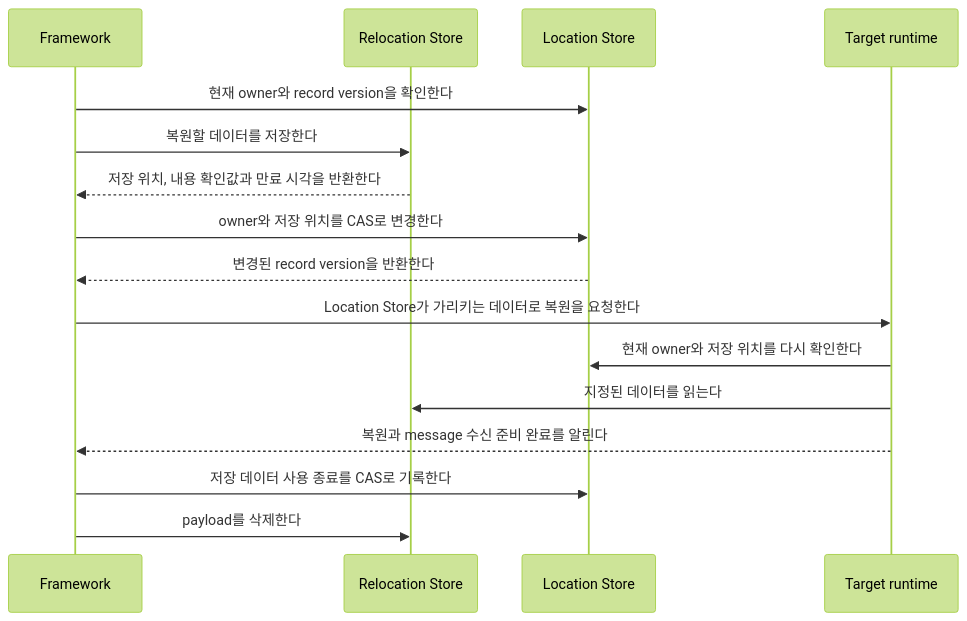
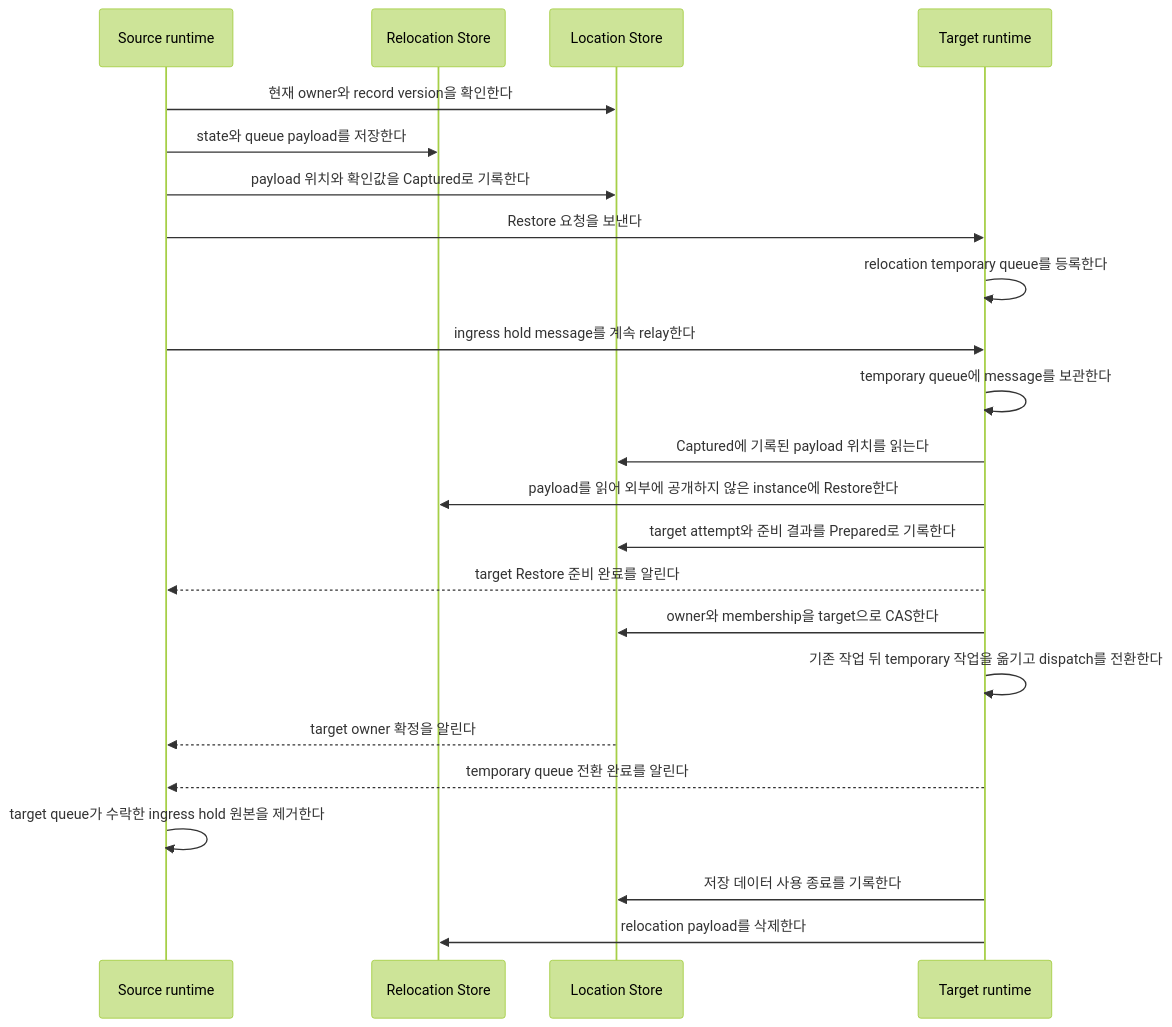
One commit to kairos-code-dev/zlink changed the first of 4 diagrams in framework/doc/framework/common/spec/21-location-runtime.ko.md. Above: the diagram before and after it, drawn with Mermaid (forest theme). The commit also changed other lines of this file and 262 other files, not shown here.

Commit message:
update framework contracts runtime and packages

````diff
--- a/framework/doc/framework/common/spec/21-location-runtime.ko.md
+++ b/framework/doc/framework/common/spec/21-location-runtime.ko.md
@@ -186,19 +199,26 @@
 ```mermaid
 sequenceDiagram
-    participant F as Framework
-    participant T as Relocation Store
+    participant S as Source runtime
+    participant B as Relocation Store
     participant L as Location Store
-    participant R as Target runtime
+    participant T as Target runtime
 
-    F->>L: 현재 owner와 record version을 확인한다
-    F->>T: 복원할 데이터를 저장한다
-    T-->>F: 저장 위치, 내용 확인값과 만료 시각을 반환한다
-    F->>L: owner와 저장 위치를 CAS로 변경한다
-    L-->>F: 변경된 record version을 반환한다
-    F->>R: Location Store가 가리키는 데이터로 복원을 요청한다
-    R->>L: 현재 owner와 저장 위치를 다시 확인한다
-    R->>T: 지정된 데이터를 읽는다
-    R-->>F: 복원과 message 수신 준비 완료를 알린다
-    F->>L: 저장 데이터 사용 종료를 CAS로 기록한다
-    F->>T: payload를 삭제한다
+    S->>L: 현재 owner와 record version을 확인한다
+    S->>B: state와 queue payload를 저장한다
+    S->>L: payload 위치와 확인값을 Captured로 기록한다
+    S->>T: Restore 요청을 보낸다
+    T->>T: relocation temporary queue를 등록한다
+    S->>T: ingress hold message를 계속 relay한다
+    T->>T: temporary queue에 message를 보관한다
+    T->>L: Captured에 기록된 payload 위치를 읽는다
+    T->>B: payload를 읽어 외부에 공개하지 않은 instance에 Restore한다
+    T->>L: target attempt와 준비 결과를 Prepared로 기록한다
+    T-->>S: target Restore 준비 완료를 알린다
+    T->>L: owner와 membership을 target으로 CAS한다
+    T->>T: 기존 작업 뒤 temporary 작업을 옮기고 dispatch를 전환한다
+    L-->>S: target owner 확정을 알린다
+    T-->>S: temporary queue 전환 완료를 알린다
+    S->>S: target queue가 수락한 ingress hold 원본을 제거한다
+    T->>L: 저장 데이터 사용 종료를 기록한다
+    T->>B: relocation payload를 삭제한다
 ```
````
